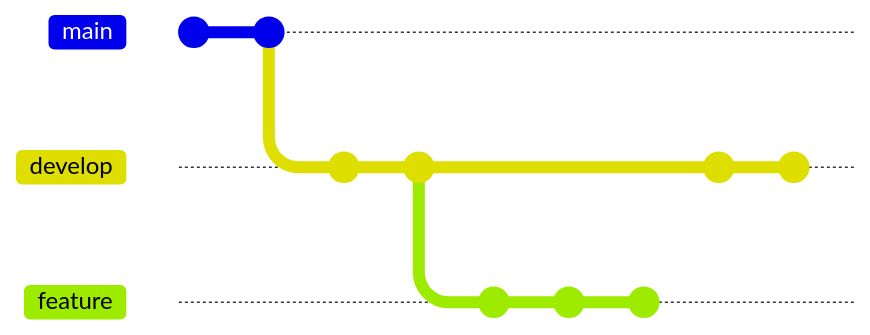
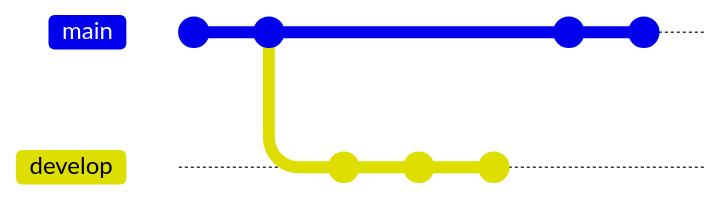
Before and after one commit to Heinzad/heinzad.github.io: the diagram in _posts/2022-06-03-getting-started-with-git.md, drawn with Mermaid. Commit ids are hidden.

Commit message:
mermaid copy and paste

````diff
--- a/_posts/2022-06-03-getting-started-with-git.md
+++ b/_posts/2022-06-03-getting-started-with-git.md
@@ -13,15 +13,12 @@
 ```mermaid 
-    gitGraph
+gitGraph
        commit
        commit
        branch develop
        commit
        commit
-       branch feature
+       commit
+       checkout main
        commit
        commit
-       commit
-       checkout develop 
-       commit
-       commit 
 ```
````
